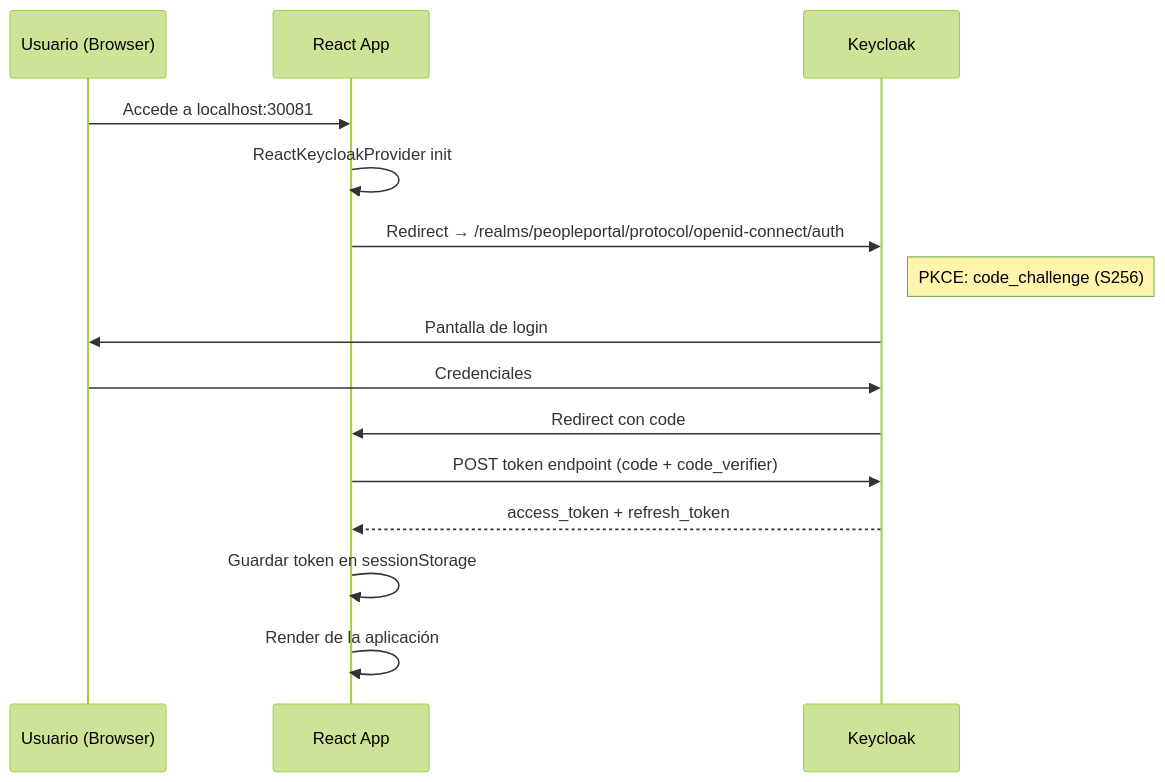
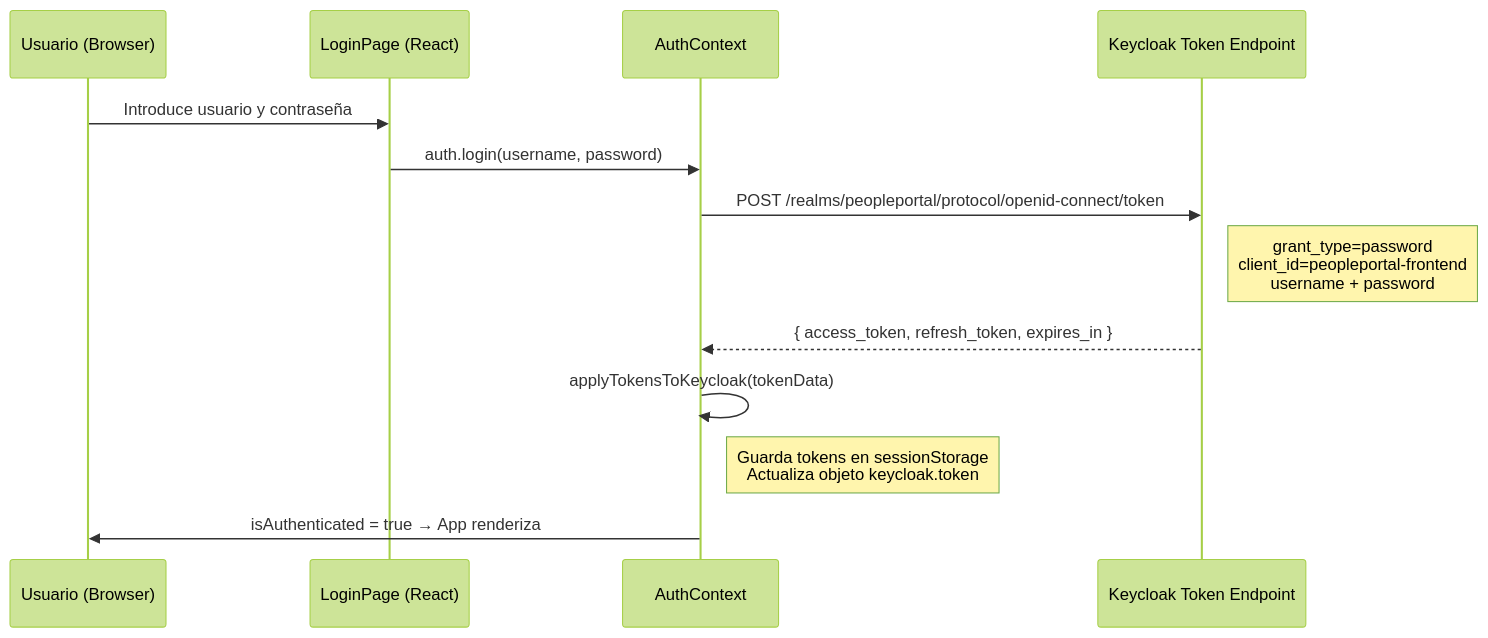
Before and after one commit to bryanjosue17/PeoplePortal-FrontEnd-Colaborador: the diagram in docs/autenticacion.md, drawn with Mermaid (forest theme). The commit also changed other lines of this file and 1 other file, not shown here.

Commit message:
docs: update auth docs (PKCE→ROPC), modules list, GHCR deploy info

````diff
--- a/docs/autenticacion.md
+++ b/docs/autenticacion.md
@@ -5,18 +7,16 @@
 ```mermaid
 sequenceDiagram
     participant U as Usuario (Browser)
-    participant App as React App
-    participant KC as Keycloak
+    participant Login as LoginPage (React)
+    participant Auth as AuthContext
+    participant KC as Keycloak Token Endpoint
 
-    U->>App: Accede a localhost:30081
-    App->>App: ReactKeycloakProvider init
-    App->>KC: Redirect → /realms/peopleportal/protocol/openid-connect/auth
-    Note right of KC: PKCE: code_challenge (S256)
-    KC->>U: Pantalla de login
-    U->>KC: Credenciales
-    KC->>App: Redirect con code
-    App->>KC: POST token endpoint (code + code_verifier)
-    KC-->>App: access_token + refresh_token
-    App->>App: Guardar token en sessionStorage
-    App->>App: Render de la aplicación
+    U->>Login: Introduce usuario y contraseña
+    Login->>Auth: auth.login(username, password)
+    Auth->>KC: POST /realms/peopleportal/protocol/openid-connect/token
+    Note right of KC: grant_type=password<br/>client_id=peopleportal-frontend<br/>username + password
+    KC-->>Auth: { access_token, refresh_token, expires_in }
+    Auth->>Auth: applyTokensToKeycloak(tokenData)
+    Note right of Auth: Guarda tokens en sessionStorage<br/>Actualiza objeto keycloak.token
+    Auth->>U: isAuthenticated = true → App renderiza
 ```
````
